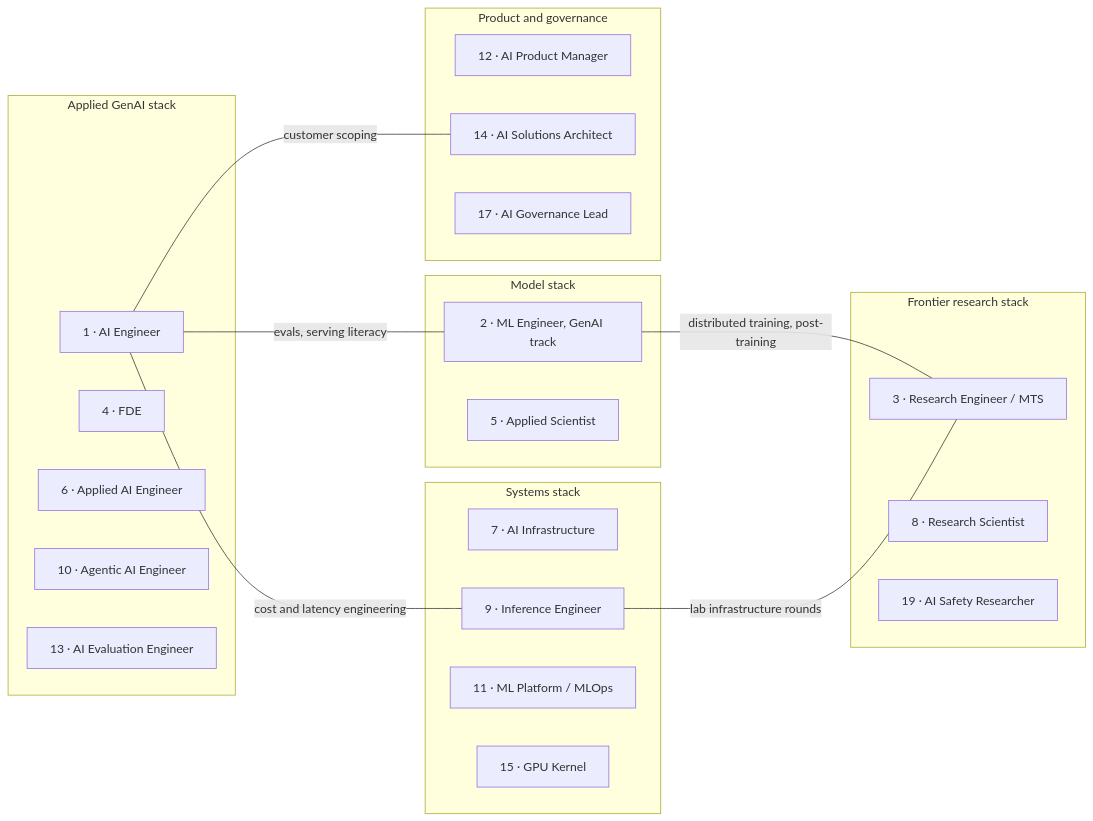
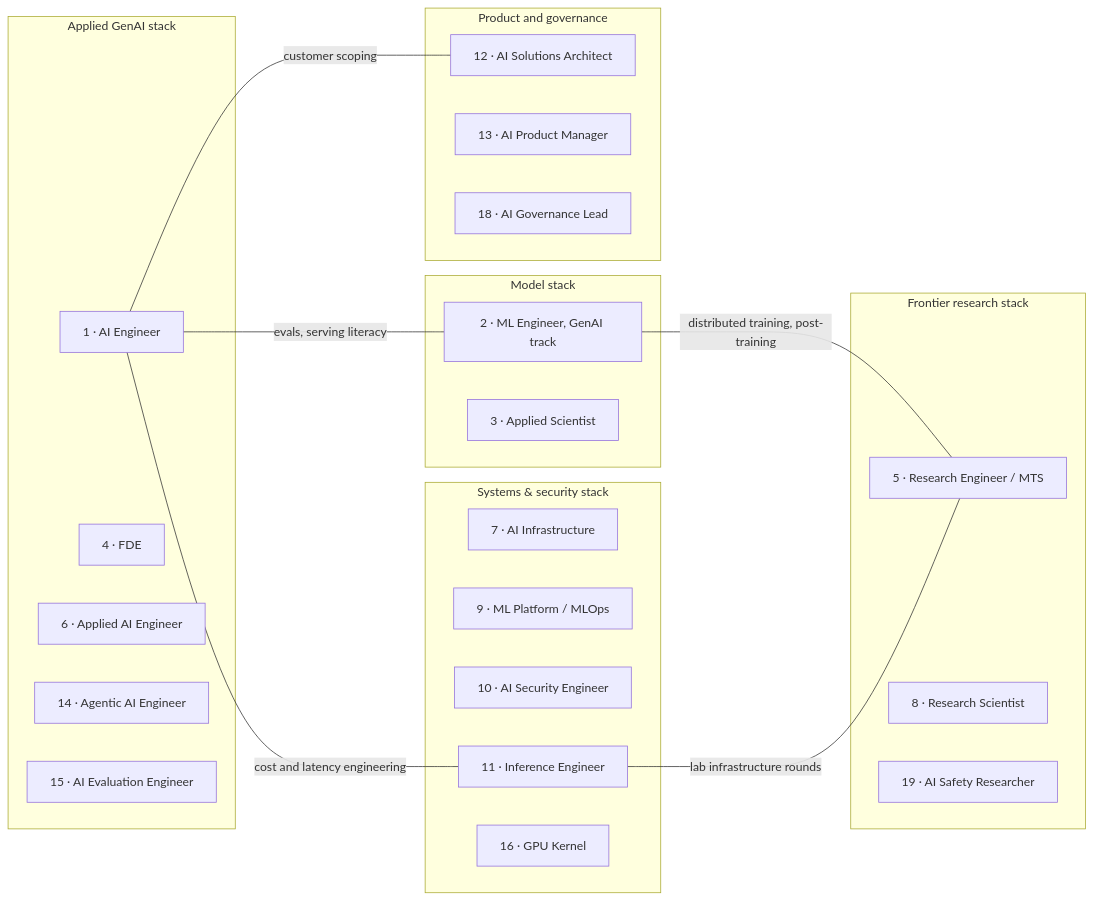
The diagram in career/02-roles/genai-target-roles.md (bhaskarjha-dev/genai-career), drawn with Mermaid before and after one commit. The commit also changed other lines of this file and 37 other files, not shown here.

````diff
--- a/career/02-roles/genai-target-roles.md
+++ b/career/02-roles/genai-target-roles.md
@@ -142,35 +142,36 @@
 ```mermaid
 flowchart LR
     subgraph APP["Applied GenAI stack"]
         AIE["1 · AI Engineer"]
         FDE["4 · FDE"]
         AAI["6 · Applied AI Engineer"]
-        AGE["10 · Agentic AI Engineer"]
-        EVAL["13 · AI Evaluation Engineer"]
+        AGE["14 · Agentic AI Engineer"]
+        EVAL["15 · AI Evaluation Engineer"]
     end
     subgraph MODEL["Model stack"]
         MLE["2 · ML Engineer, GenAI track"]
-        AS["5 · Applied Scientist"]
+        AS["3 · Applied Scientist"]
     end
     subgraph FRONT["Frontier research stack"]
-        RE["3 · Research Engineer / MTS"]
+        RE["5 · Research Engineer / MTS"]
         RS["8 · Research Scientist"]
         SAFE["19 · AI Safety Researcher"]
     end
-    subgraph SYS["Systems stack"]
+    subgraph SYS["Systems & security stack"]
         INFRA["7 · AI Infrastructure"]
-        INF["9 · Inference Engineer"]
-        PLAT["11 · ML Platform / MLOps"]
-        KER["15 · GPU Kernel"]
+        PLAT["9 · ML Platform / MLOps"]
+        SEC["10 · AI Security Engineer"]
+        INF["11 · Inference Engineer"]
+        KER["16 · GPU Kernel"]
     end
     subgraph PROD["Product and governance"]
-        PM["12 · AI Product Manager"]
-        SA["14 · AI Solutions Architect"]
-        GOV["17 · AI Governance Lead"]
+        SA["12 · AI Solutions Architect"]
+        PM["13 · AI Product Manager"]
+        GOV["18 · AI Governance Lead"]
     end
     AIE ---|evals, serving literacy| MLE
     MLE ---|distributed training, post-training| RE
     AIE ---|cost and latency engineering| INF
     INF ---|lab infrastructure rounds| RE
     AIE ---|customer scoping| SA
 ```
````
